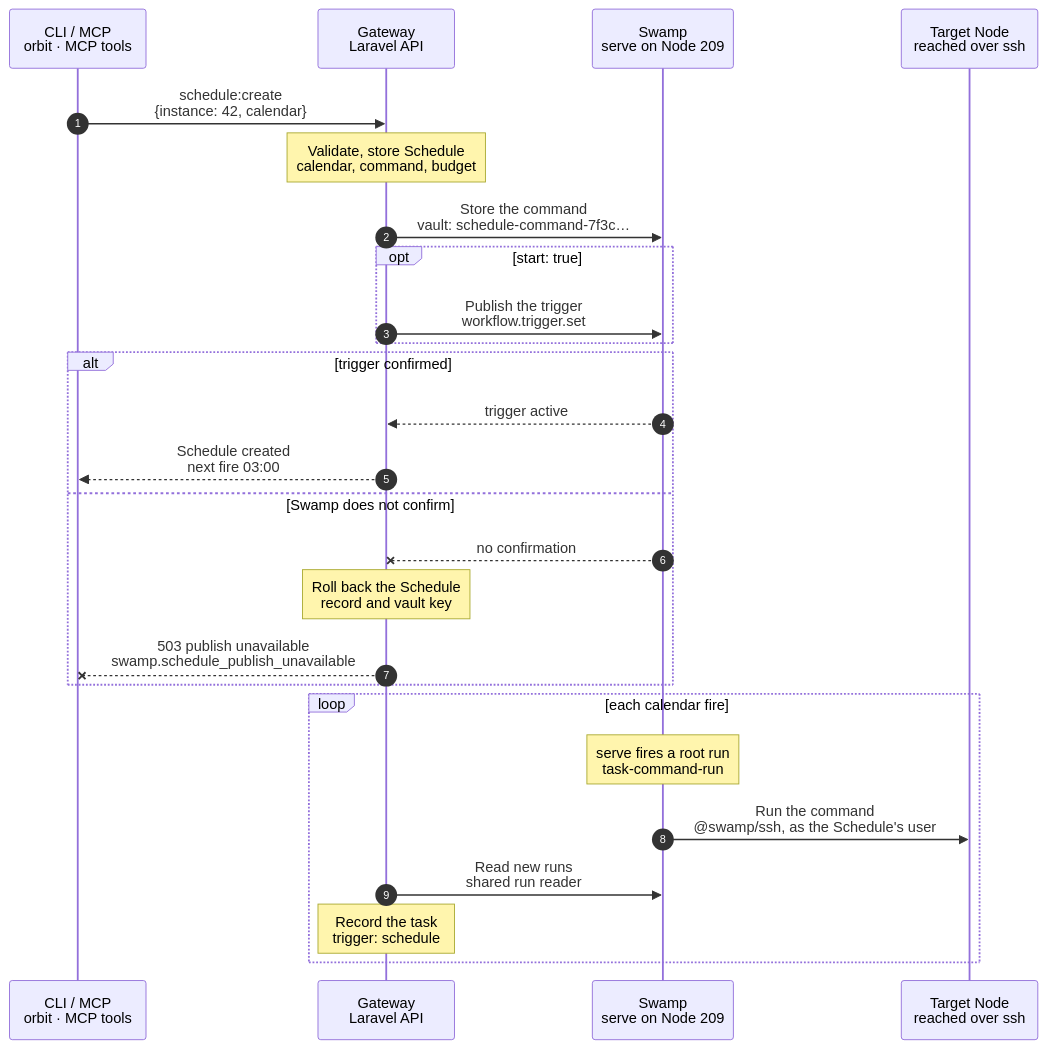
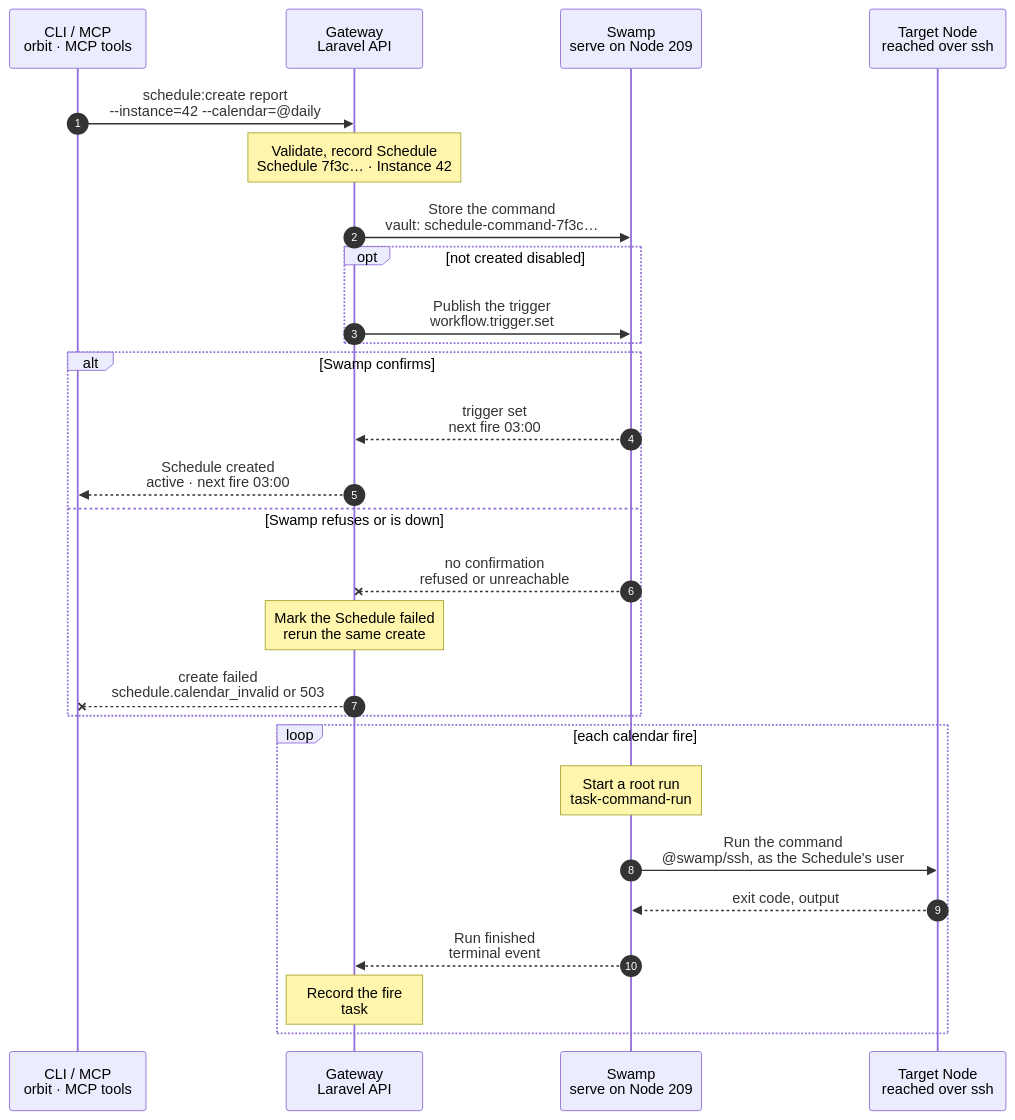
The diagram in docs/flows/schedule.create.mmd (hardimpactdev/orbit), drawn with Mermaid before and after one commit. The commit also changed 3 other files, not shown here.

First line of the commit message:
docs(flows): Schedule charts in the agreed format (#2434)

```diff
--- a/docs/flows/schedule.create.mmd
+++ b/docs/flows/schedule.create.mmd
@@ -1,32 +1,108 @@
 sequenceDiagram
-  %% Target design from ADR 0244: native Swamp schedules, nothing installed on the Node; DECISIONS R1-R3.
+  %% Target design: ADR 0244 native Swamp schedules, nothing installed on Nodes; DECISIONS Schedules (Nick 2026-11-02), R1-R3.
   %% status: draft
+  %% command: schedule:create
   autonumber
   %% lane CLI icon=terminal pill=caller tone=gray
   %% lane GW icon=gateway pill=intent tone=blue
   %% lane SW icon=workflow pill=executes tone=green
   %% lane N icon=server pill=target tone=amber
   participant CLI as CLI / MCP<br/>orbit · MCP tools
   participant GW as Gateway<br/>Laravel API
   participant SW as Swamp<br/>serve on Node 209
   participant N as Target Node<br/>reached over ssh
-  CLI->>GW: schedule:create<br/>{instance: 42, calendar}
-  Note over GW: Validate, store Schedule<br/>calendar, command, budget
+  CLI->>GW: schedule:create report<br/>--instance=42 --calendar=@daily
+  %%> Command:
+  %%> - `orbit schedule:create report --instance=42 --calendar=@daily --command='php artisan report:send' --timeout=600`
+  %%> - syntax: `<name> (--node=ID | --instance=ID | --project=ID --for=production) --calendar=CALENDAR --command=COMMAND [--timeout=SECONDS] [--no-start] [--idempotency-key=KEY]`
+  %%> Input:
+  %%> - the name as the argument, unique for its Node or Instance
+  %%> - exactly one owner: a Node, an Instance, or a Project definition
+  %%> - the calendar, the command line and the timeout (default 3,600 seconds)
+  %%> Calendar:
+  %%> - a cron expression, the format Swamp schedules use, for example `0 3 * * *`, or a shorthand such as `@hourly` or `@daily`
+  %%> - existing systemd calendars are converted once during the migration
+  %%> - optionally `--no-start`, to create the Schedule disabled
+  %%> Who can call it:
+  %%> - the `orbit` CLI and the MCP tool send the same request
+  Note over GW: Validate, record Schedule<br/>Schedule 7f3c… · Instance 42
+  %%> Requirements:
+  %%> - your Node has an access grant to Node 12, which runs Instance 42
+  %%> - Instance 42 is active; a production Instance has a selected release
+  %%> - the name, calendar, command and timeout are valid
+  %%> - Instance 42 has no Schedule with this name and another specification (`schedule.retry_conflict`)
+  %%> Derives from the Placement:
+  %%> - the user, the working directory and the shell the command runs with
+  %%> Result:
+  %%> - Schedule 7f3c… recorded, with its desired state `enabled`, or `disabled` with `--no-start`
+  %%> - an identical create returns the existing Schedule
+  %%> With `--project`:
+  %%> - only a Project Schedule definition is recorded (R1); the answer comes at once
+  %%> - production preparation later copies it into a disabled Instance Schedule
+  %%> Exception:
+  %%> - production's per-minute Laravel schedulers keep their systemd timer on the Node until the serve load and outage test passes (ADR 0244)
+  %%> - all other Node and Instance Schedules are native Swamp schedules on 209
   GW->>SW: Store the command<br/>vault: schedule-command-7f3c…
-  opt start: true
+  %%> What it does:
+  %%> - pushes the command line to a Swamp vault key on 209 (R3)
+  %%> Why:
+  %%> - the command is operator input; it never goes into trigger inputs, run inputs or step output
+  opt not created disabled
     GW->>SW: Publish the trigger<br/>workflow.trigger.set
+    %%> What it does:
+    %%> - sets a native Swamp schedule trigger on serve (Node 209) for the workflow `task-command-run`
+    %%> - nothing is installed on Node 12; there is no Node work, so no run starts (R1)
+    %%> Inputs:
+    %%> - the calendar
+    %%> - the full intent: Schedule 7f3c…, Node 12's address and SSH host keys, the user, the working directory, the shell and the timeout
+    %%> - the command's vault key name, never the command itself
+    %%> When:
+    %%> - skipped with `--no-start`; `schedule:enable` publishes it later
   end
-  alt trigger confirmed
-    SW-->>GW: trigger active
-    GW-->>CLI: Schedule created<br/>next fire 03:00
-  else Swamp does not confirm
-    SW--xGW: no confirmation
-    Note over GW: Roll back the Schedule<br/>record and vault key
-    GW--xCLI: 503 publish unavailable<br/>swamp.schedule_publish_unavailable
+  alt Swamp confirms
+    SW-->>GW: trigger set<br/>next fire 03:00
+    %%> Returns:
+    %%> - the trigger is active, with its next fire time
+    GW-->>CLI: Schedule created<br/>active · next fire 03:00
+    %%> Result:
+    %%> - Schedule 7f3c… becomes active, only after Swamp confirms
+    %%> - with `--no-start`: active and disabled, with no next fire and no trigger
+    %%> What you get:
+    %%> - the Schedule and its next fire, at once; there is nothing to follow
+  else Swamp refuses or is down
+    SW--xGW: no confirmation<br/>refused or unreachable
+    %%> When:
+    %%> - Swamp refuses the calendar, or serve on 209 does not answer
+    Note over GW: Mark the Schedule failed<br/>rerun the same create
+    %%> Result:
+    %%> - Schedule 7f3c… stays recorded, marked failed, with its error code
+    %%> - the vault key stays; it holds no state on a Node
+    %%> Retry:
+    %%> - run the same command again; an identical create publishes the trigger again
+    GW--xCLI: create failed<br/>schedule.calendar_invalid or 503
+    %%> Returns:
+    %%> - `schedule.calendar_invalid` (422) for a refused calendar
+    %%> - `swamp.schedule_publish_unavailable` (503) when serve does not answer
   end
   loop each calendar fire
-    Note over SW: serve fires a root run<br/>task-command-run
+    Note over SW: Start a root run<br/>task-command-run
+    %%> What it does:
+    %%> - serve fires the trigger and starts one root run on 209
+    %%> - the run has the Schedule's timeout as its time budget
     SW->>N: Run the command<br/>@swamp/ssh, as the Schedule's user
-    GW->>SW: Read new runs<br/>shared run reader
-    Note over GW: Record the task<br/>trigger: schedule
+    %%> How:
+    %%> - checks the user and the working directory on Node 12
+    %%> - reads the command with `vault.get` and sends it on stdin
+    %%> Runs as:
+    %%> - the Schedule's user, in its working directory, with its shell
+    N-->>SW: exit code, output
+    %%> Returns:
+    %%> - the exit code; the output stays in the Swamp step
+    SW-->>GW: Run finished<br/>terminal event
+    %%> How the Gateway learns it:
+    %%> - its shared run reader sees the terminal event; Swamp never calls the Gateway
+    Note over GW: Record the fire<br/>task #5141 · trigger: schedule
+    %%> Result:
+    %%> - each fire becomes a task, with trigger `schedule`
+    %%> - `last_run_at` and `last_run_status` of Schedule 7f3c… are set
   end
```
